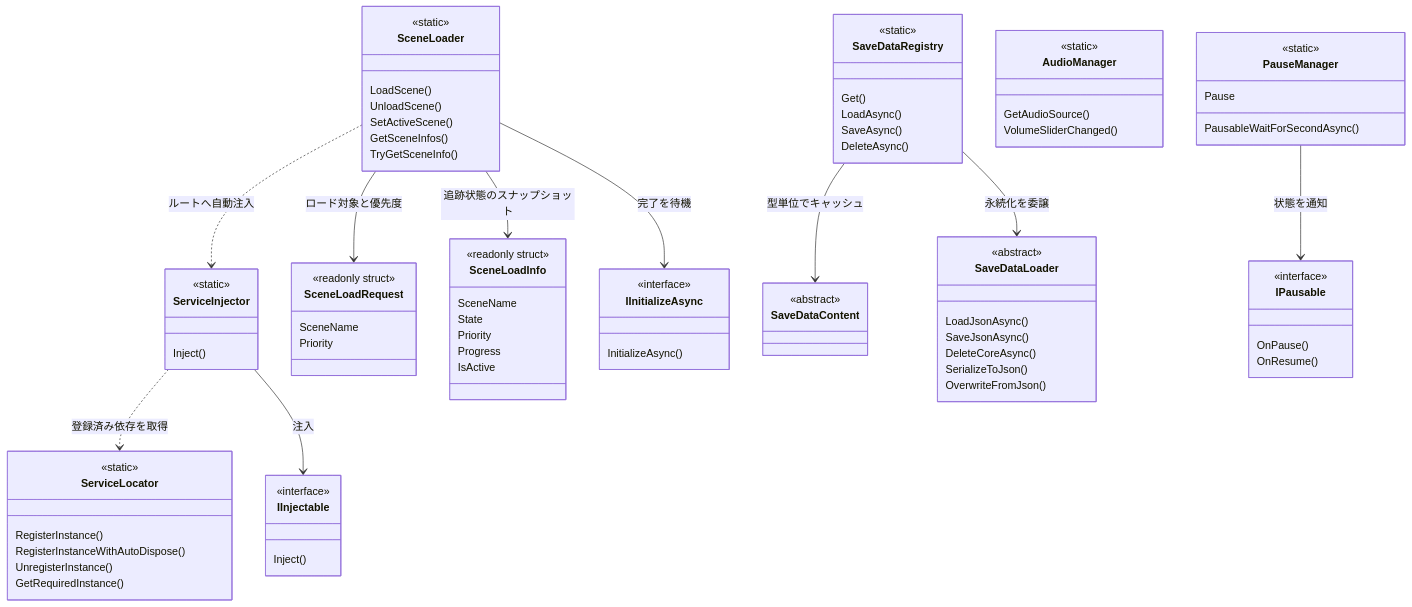
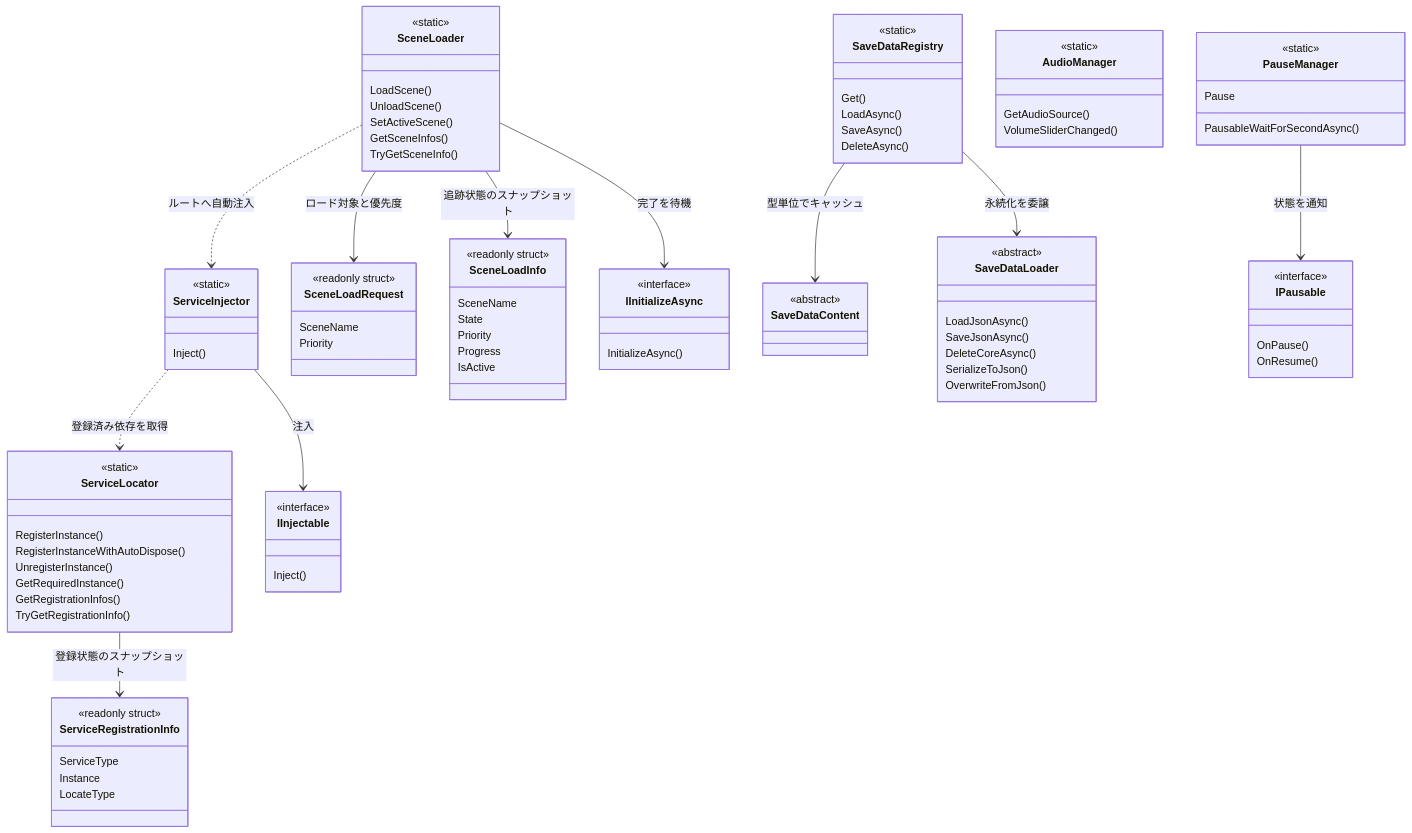
Before and after one commit to HIBIKI5201/SymphonyFramework: the third of 6 diagrams in Documentation~/Architecture.md, drawn with Mermaid. The commit also changed other lines of this file and 30 other files, not shown here.

```diff
--- a/Documentation~/Architecture.md
+++ b/Documentation~/Architecture.md
@@ -79,6 +79,14 @@
         RegisterInstanceWithAutoDispose()
         UnregisterInstance()
         GetRequiredInstance()
+        GetRegistrationInfos()
+        TryGetRegistrationInfo()
+    }
+    class ServiceRegistrationInfo {
+        <<readonly struct>>
+        ServiceType
+        Instance
+        LocateType
     }
     class ServiceInjector {
         <<static>>
@@ -148,6 +156,7 @@
     }
 
     ServiceInjector ..> ServiceLocator : 登録済み依存を取得
+    ServiceLocator --> ServiceRegistrationInfo : 登録状態のスナップショット
     ServiceInjector --> IInjectable : 注入
     SceneLoader --> SceneLoadRequest : ロード対象と優先度
     SceneLoader --> SceneLoadInfo : 追跡状態のスナップショット
```
